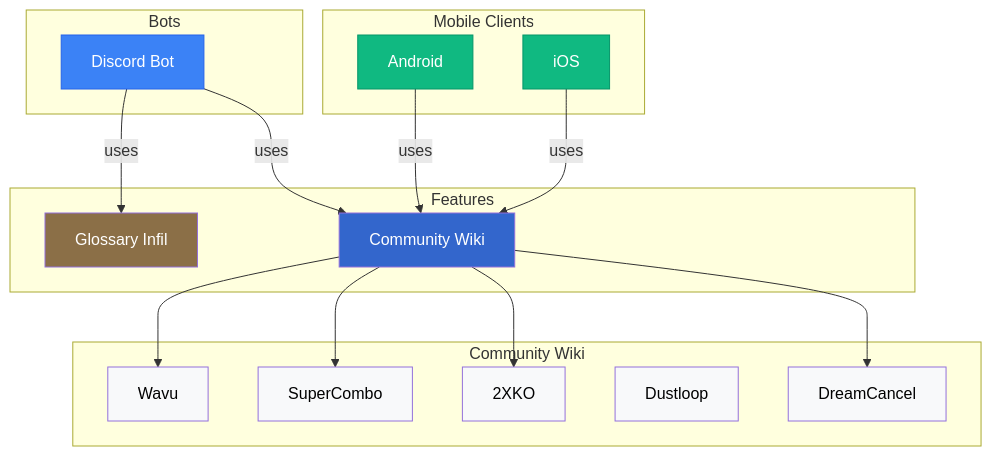
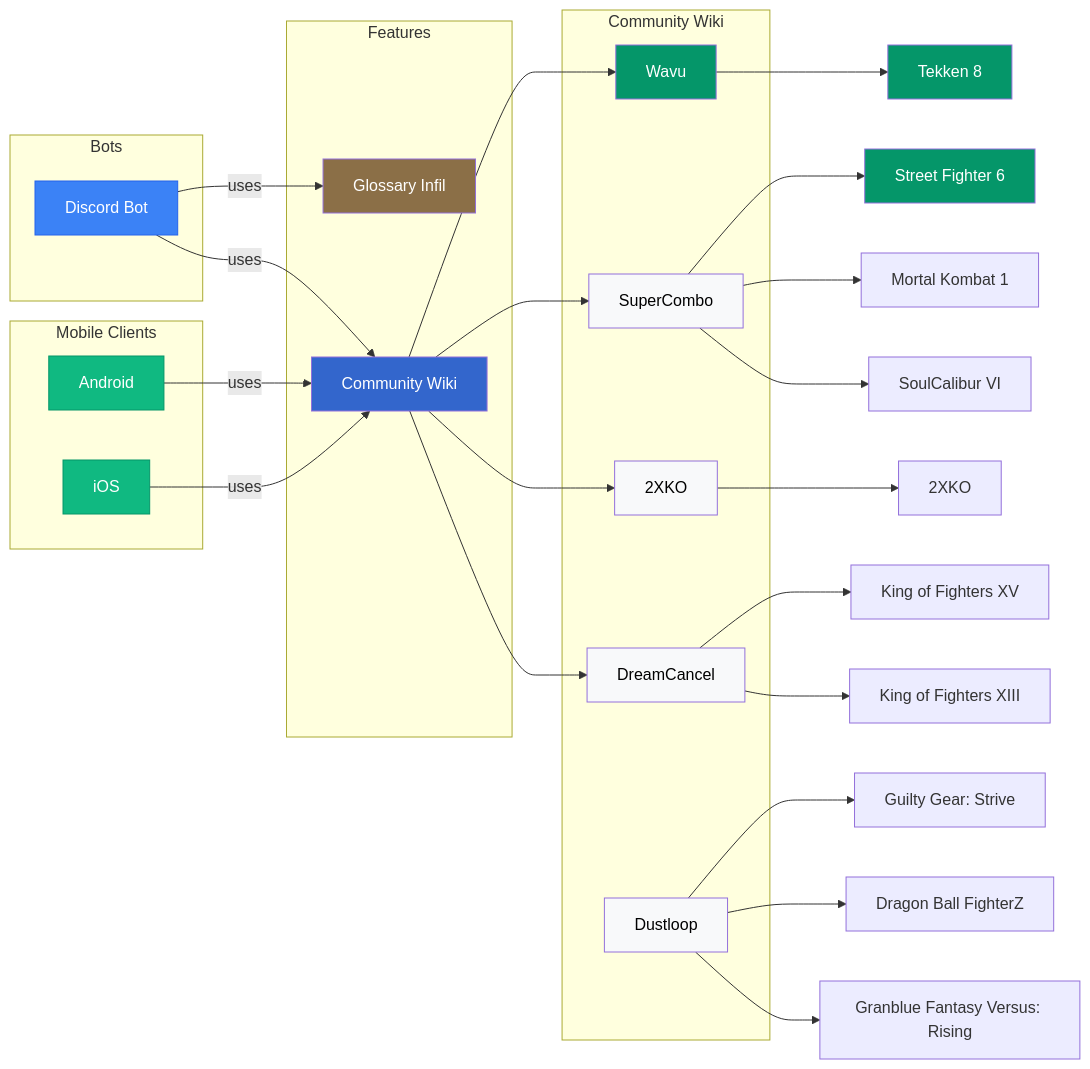
The diagram in README.md (Sophon/FightingNerd), drawn with Mermaid before and after one commit. The commit also changed 1 other file, not shown here.

Commit message:
doc (mermaid): update modules

````diff
--- a/README.md
+++ b/README.md
@@ -37,46 +37,60 @@
 ```mermaid
-graph TD
-    subgraph Bots
-        discordBot[Discord Bot]
-    end
+graph LR
+  subgraph Bots
+    discordBot[Discord Bot]
+  end
 
-    subgraph "Mobile Clients"
-        android[Android]
-        iOS[iOS]
-    end
+  subgraph "Mobile Clients"
+    android[Android]
+    iOS[iOS]
+  end
 
-    subgraph Features
-        glossaryInfil[Glossary Infil]
-        communityWiki[Community Wiki]
-    end
+  subgraph Features
+    glossaryInfil[Glossary Infil]
+    communityWiki[Community Wiki]
+  end
 
-    subgraph Community Wiki
-        wikiWavu[Wavu]
-        supercombo[SuperCombo]
-        2xko[2XKO]
-        dustloop[Dustloop]
-        dreamcancel[DreamCancel]
-    end
+  subgraph Community Wiki
+    wikiWavu[Wavu]
+    supercombo[SuperCombo]
+    2xko[2XKO]
+    dustloop[Dustloop]
+    dreamcancel[DreamCancel]
+  end
 
-    communityWiki --> wikiWavu
-    communityWiki --> supercombo
-    communityWiki --> 2xko
-    communityWiki --> dreamcancel
+  discordBot -->|uses| glossaryInfil
+  discordBot -->|uses| communityWiki
 
-    discordBot -->|uses| glossaryInfil
-    discordBot -->|uses| communityWiki
+  android -->|uses| communityWiki
+  iOS -->|uses| communityWiki
 
-    android -->|uses| communityWiki
-    iOS -->|uses| communityWiki
+  communityWiki --> wikiWavu
+  communityWiki --> supercombo
+  communityWiki --> 2xko
+  communityWiki --> dreamcancel
 
-    style discordBot fill:#3B82F6,stroke:#2563EB,color:#fff
-    style android fill:#10B981,stroke:#059669,color:#fff
-    style iOS fill:#10B981,stroke:#059669,color:#fff
-    style glossaryInfil fill:#8B6F47,color:#fff
-    style communityWiki fill:#3366CC,color:#fff
-    style wikiWavu fill:#F8F9FA,color:#000000
-    style supercombo fill:#F8F9FA,color:#000000
-    style 2xko fill:#F8F9FA,color:#000000
-    style dustloop fill:#F8F9FA,color:#000000
-    style dreamcancel fill:#F8F9FA,color:#000000
+  wikiWavu --> t8[Tekken 8]
+  supercombo --> sf6[Street Fighter 6]
+  supercombo --> mk1[Mortal Kombat 1]
+  supercombo --> sc6[SoulCalibur VI]
+  dustloop --> ggst[Guilty Gear: Strive]
+  dustloop --> dbfz[Dragon Ball FighterZ]
+  dustloop --> gbvsr[Granblue Fantasy Versus: Rising]
+  2xko --> xko[2XKO]
+  dreamcancel --> kof15[King of Fighters XV]
+  dreamcancel --> kof13[King of Fighters XIII]
+
+
+  style discordBot fill:#3B82F6,stroke:#2563EB,color:#fff
+  style android fill:#10B981,stroke:#059669,color:#fff
+  style iOS fill:#10B981,stroke:#059669,color:#fff
+  style glossaryInfil fill:#8B6F47,color:#fff
+  style communityWiki fill:#3366CC,color:#fff
+  style wikiWavu fill:#059669,color:#fff
+  style supercombo fill:#F8F9FA,color:#000000
+  style 2xko fill:#F8F9FA,color:#000000
+  style dustloop fill:#F8F9FA,color:#000000
+  style dreamcancel fill:#F8F9FA,color:#000000
+  style t8 fill:#059669, color:#fff
+  style sf6 fill:#059669, color:#fff
 ```
````
